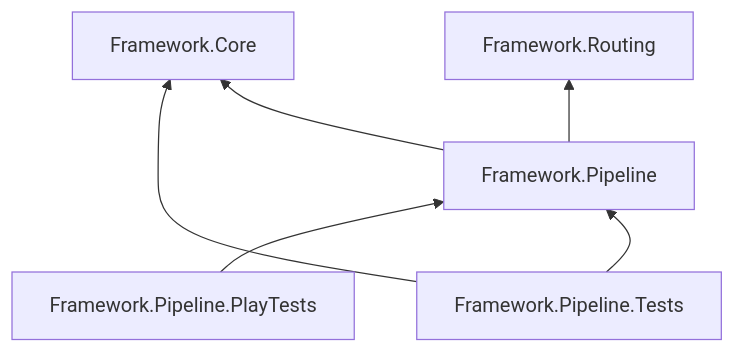
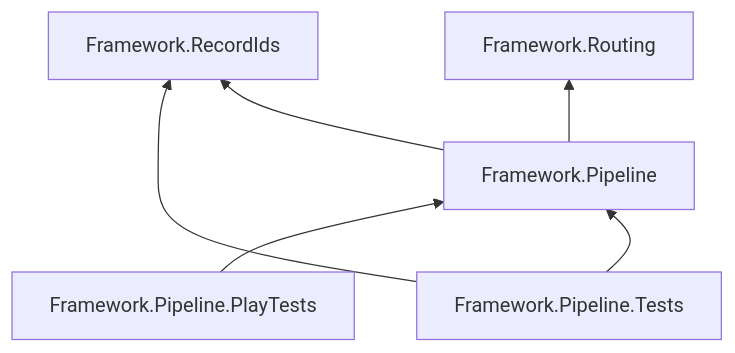
Before and after one commit to MgCohen/Card-Framework: the second of 2 diagrams in Product/spikes/infra-command-pipeline.md, drawn with Mermaid. The commit also changed other lines of this file, not shown here.

Commit message:
Pipeline spike: id types from Framework.RecordIds

````diff
--- a/Product/spikes/infra-command-pipeline.md
+++ b/Product/spikes/infra-command-pipeline.md
@@ -440,8 +440,8 @@
 ```mermaid
 flowchart BT
-  P["Framework.Pipeline"] --> C["Framework.Core"]
+  P["Framework.Pipeline"] --> I["Framework.RecordIds"]
   P --> R["Framework.Routing"]
   T["Framework.Pipeline.Tests"] --> P
-  T --> C
+  T --> I
   PT["Framework.Pipeline.PlayTests"] --> P
 ```
````
